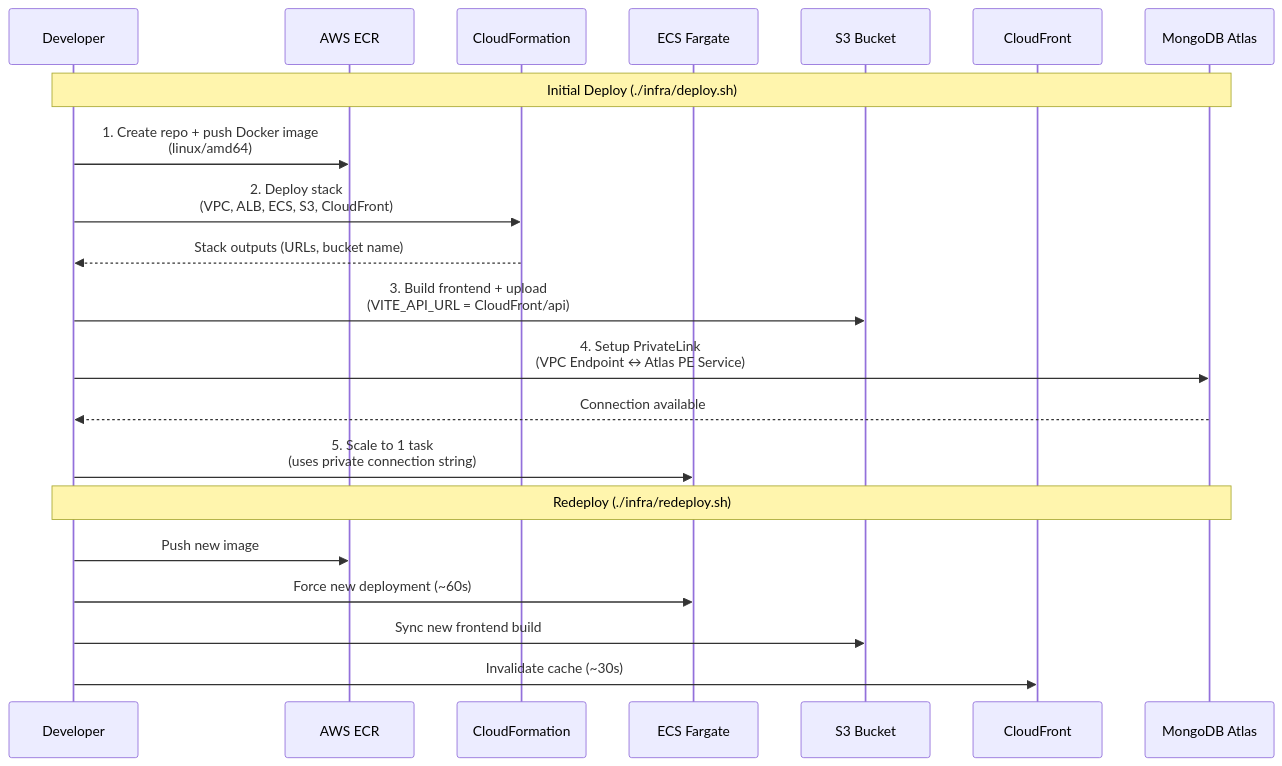
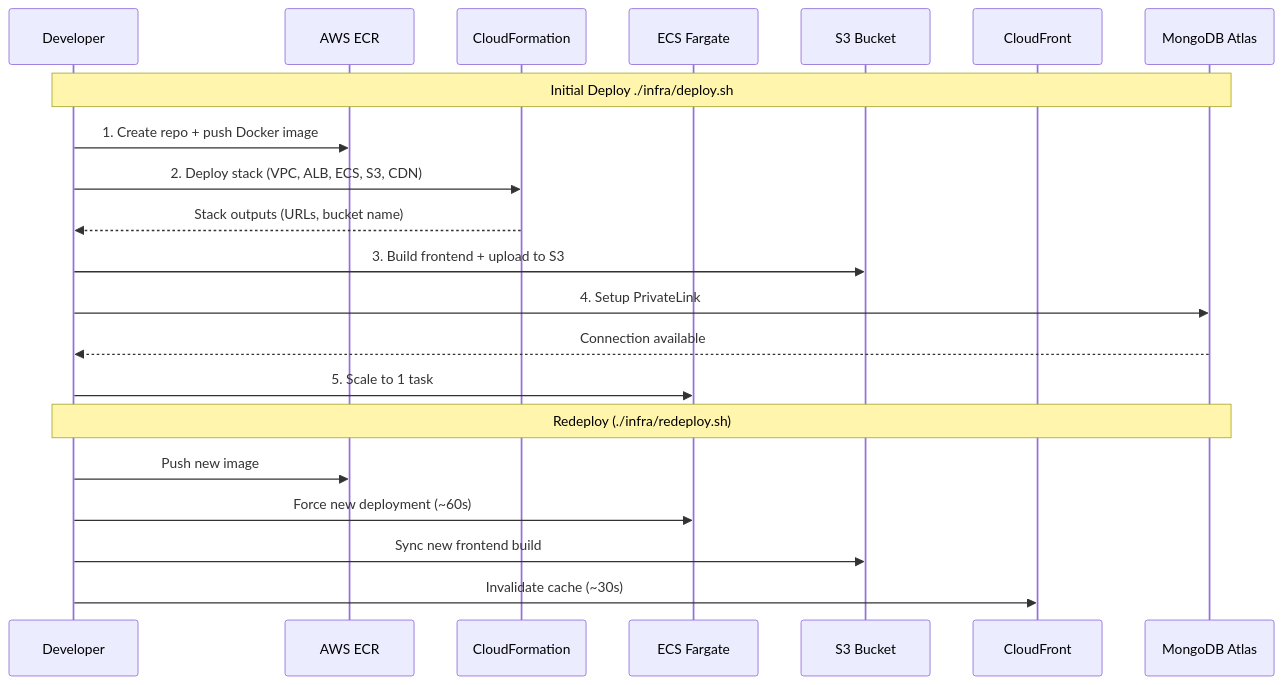
The seventh of 10 diagrams in FLOW.md (ramonfnasc12/mms-personalized-demo), drawn with Mermaid before and after one commit. The commit also changed other lines of this file and 1 other file, not shown here.

First line of the commit message:
Add production architecture documentation

````diff
--- a/FLOW.md
+++ b/FLOW.md
@@ -321,25 +321,25 @@
 ```mermaid
 sequenceDiagram
     participant Dev as Developer
     participant ECR as AWS ECR
     participant CF as CloudFormation
     participant ECS as ECS Fargate
     participant S3 as S3 Bucket
     participant CDN as CloudFront
     participant Atlas as MongoDB Atlas
 
-    Note over Dev,Atlas: Initial Deploy (./infra/deploy.sh)
-    Dev->>ECR: 1. Create repo + push Docker image<br/>(linux/amd64)
-    Dev->>CF: 2. Deploy stack<br/>(VPC, ALB, ECS, S3, CloudFront)
+    Note over Dev,Atlas: Initial Deploy ./infra/deploy.sh
+    Dev->>ECR: 1. Create repo + push Docker image
+    Dev->>CF: 2. Deploy stack (VPC, ALB, ECS, S3, CDN)
     CF-->>Dev: Stack outputs (URLs, bucket name)
-    Dev->>S3: 3. Build frontend + upload<br/>(VITE_API_URL = CloudFront/api)
-    Dev->>Atlas: 4. Setup PrivateLink<br/>(VPC Endpoint ↔ Atlas PE Service)
+    Dev->>S3: 3. Build frontend + upload to S3
+    Dev->>Atlas: 4. Setup PrivateLink
     Atlas-->>Dev: Connection available
-    Dev->>ECS: 5. Scale to 1 task<br/>(uses private connection string)
+    Dev->>ECS: 5. Scale to 1 task
 
     Note over Dev,Atlas: Redeploy (./infra/redeploy.sh)
     Dev->>ECR: Push new image
     Dev->>ECS: Force new deployment (~60s)
     Dev->>S3: Sync new frontend build
     Dev->>CDN: Invalidate cache (~30s)
 ```
````
